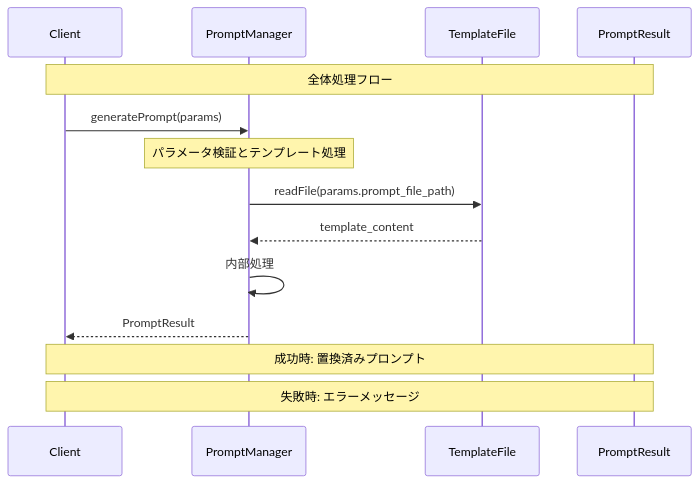
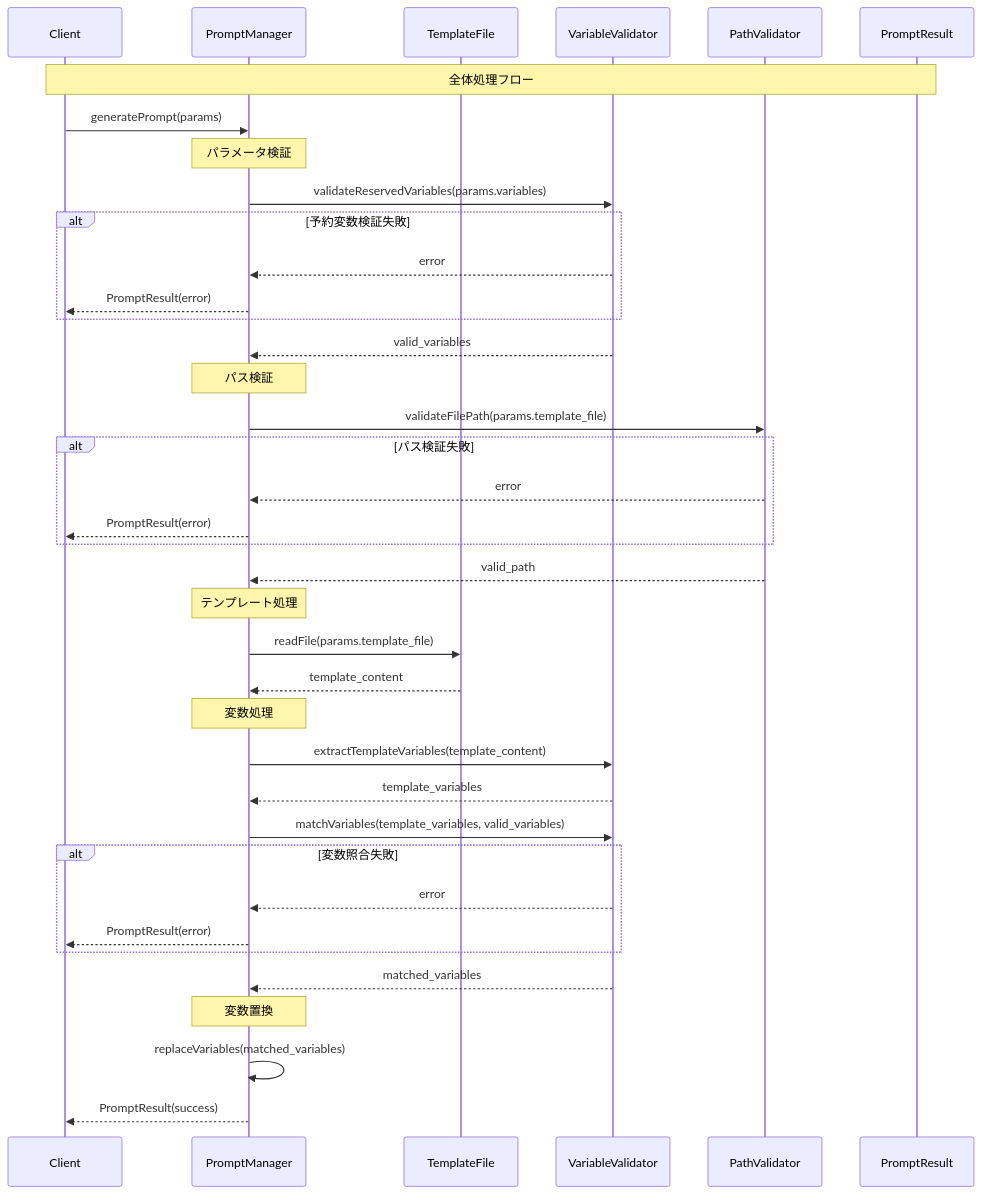
Before and after one commit to tettuan/breakdownprompt: the diagram in docs/uml/sequence_overview.md, drawn with Mermaid. The commit also changed 11 other files, not shown here.

Commit message:
docs: update UML diagrams to reflect unified variable concepts and validation responsibilities

````diff
--- a/docs/uml/sequence_overview.md
+++ b/docs/uml/sequence_overview.md
@@ -5,17 +5,46 @@
 ```mermaid
 sequenceDiagram
     participant Client
     participant PromptManager
     participant TemplateFile
+    participant VariableValidator
+    participant PathValidator
     participant PromptResult
 
     Note over Client,PromptResult: 全体処理フロー
     Client->>PromptManager: generatePrompt(params)
-    Note over PromptManager: パラメータ検証とテンプレート処理
-    PromptManager->>TemplateFile: readFile(params.prompt_file_path)
+    
+    Note over PromptManager: パラメータ検証
+    PromptManager->>VariableValidator: validateReservedVariables(params.variables)
+    alt 予約変数検証失敗
+        VariableValidator-->>PromptManager: error
+        PromptManager-->>Client: PromptResult(error)
+    end
+    VariableValidator-->>PromptManager: valid_variables
+
+    Note over PromptManager: パス検証
+    PromptManager->>PathValidator: validateFilePath(params.template_file)
+    alt パス検証失敗
+        PathValidator-->>PromptManager: error
+        PromptManager-->>Client: PromptResult(error)
+    end
+    PathValidator-->>PromptManager: valid_path
+
+    Note over PromptManager: テンプレート処理
+    PromptManager->>TemplateFile: readFile(params.template_file)
     TemplateFile-->>PromptManager: template_content
-    PromptManager->>PromptManager: 内部処理
-    PromptManager-->>Client: PromptResult
-    Note over Client,PromptResult: 成功時: 置換済みプロンプト
-    Note over Client,PromptResult: 失敗時: エラーメッセージ
+
+    Note over PromptManager: 変数処理
+    PromptManager->>VariableValidator: extractTemplateVariables(template_content)
+    VariableValidator-->>PromptManager: template_variables
+    PromptManager->>VariableValidator: matchVariables(template_variables, valid_variables)
+    alt 変数照合失敗
+        VariableValidator-->>PromptManager: error
+        PromptManager-->>Client: PromptResult(error)
+    end
+    VariableValidator-->>PromptManager: matched_variables
+
+    Note over PromptManager: 変数置換
+    PromptManager->>PromptManager: replaceVariables(matched_variables)
+    PromptManager-->>Client: PromptResult(success)
 ``` 
````
